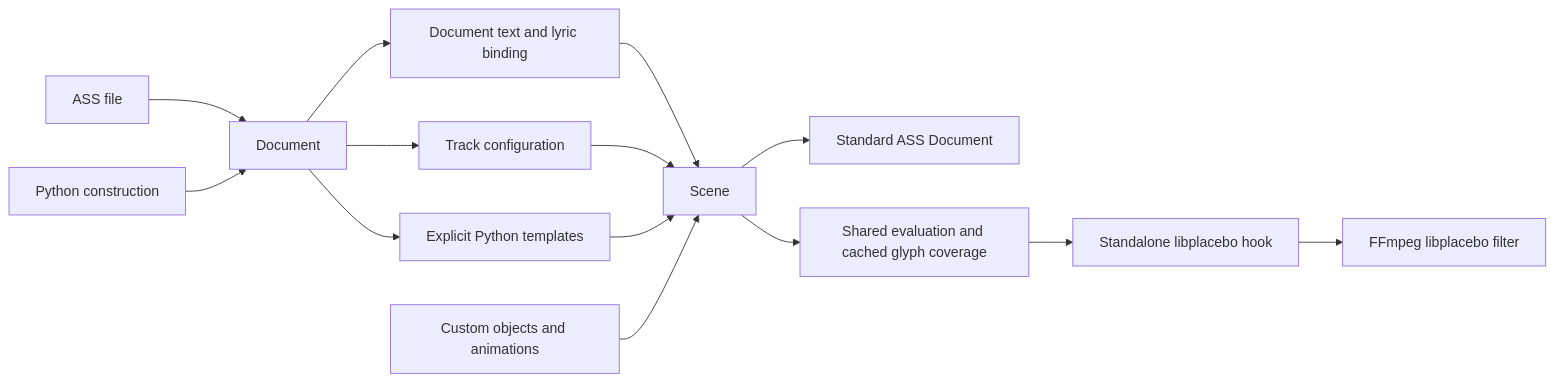
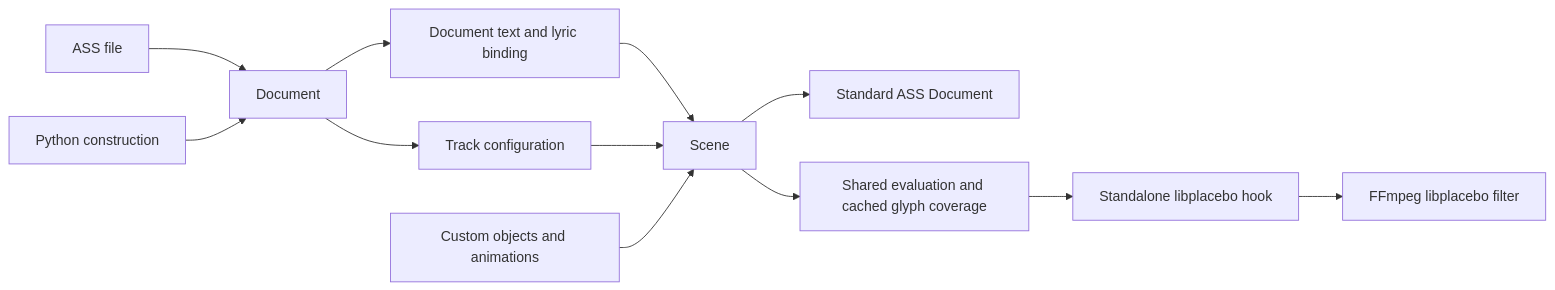
The diagram in docs/contributing/architecture.md (sitiyou/python-kara-templater), drawn with Mermaid before and after one commit. The commit also changed other lines of this file and 56 other files, not shown here.

````diff
--- a/docs/contributing/architecture.md
+++ b/docs/contributing/architecture.md
@@ -3,16 +3,14 @@
 ```mermaid
 flowchart LR
     A[ASS file] --> D[Document]
     P[Python construction] --> D
     D --> L[Document text and lyric binding]
     D --> T[Track configuration]
-    D --> E[Explicit Python templates]
     L --> S[Scene]
     T --> S
-    E --> S
     C[Custom objects and animations] --> S
     S --> O[Standard ASS Document]
     S --> G[Shared evaluation and cached glyph coverage]
     G --> EGPU[Standalone libplacebo hook]
     EGPU --> R[FFmpeg libplacebo filter]
 ```
````
